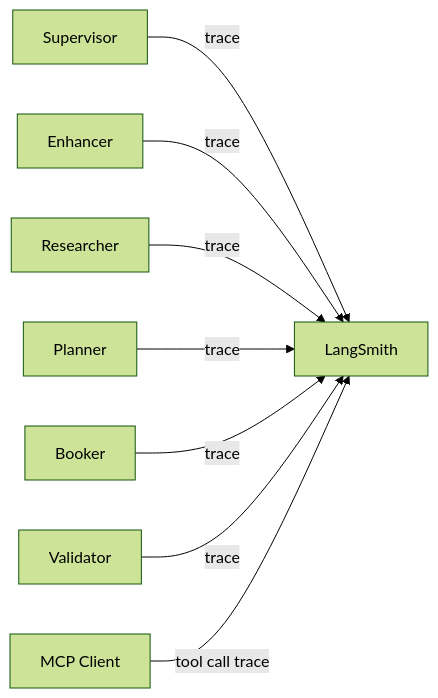
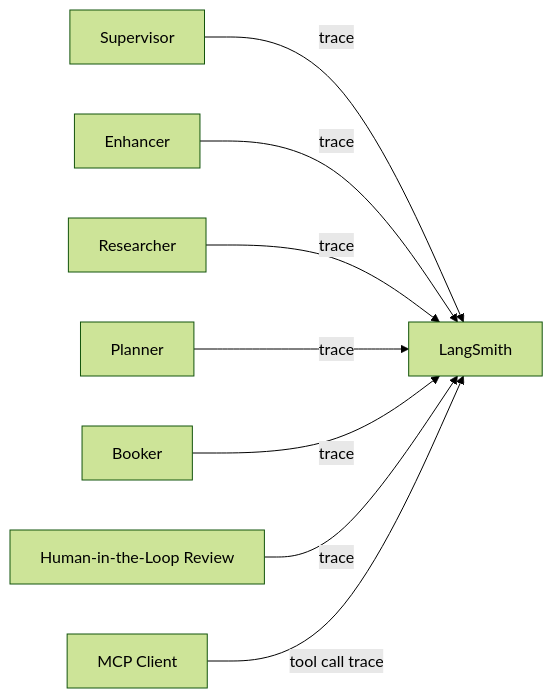
The third of 9 diagrams in docs/architecture.md (Minal18/ai-trip-planner-chatbot), drawn with Mermaid (forest theme) before and after one commit. The commit also changed other lines of this file, not shown here.

Commit message:
Update architecture doc

````diff
--- a/docs/architecture.md
+++ b/docs/architecture.md
@@ -178,10 +189,10 @@
 ```mermaid
 graph LR
     Supervisor -->|trace| LangSmith[LangSmith]
     Enhancer -->|trace| LangSmith
     Researcher -->|trace| LangSmith
     Planner -->|trace| LangSmith
     Booker -->|trace| LangSmith
-    Validator -->|trace| LangSmith
+    HITL[Human-in-the-Loop Review] -->|trace| LangSmith
     MCPClient[MCP Client] -->|tool call trace| LangSmith
 ```
````
